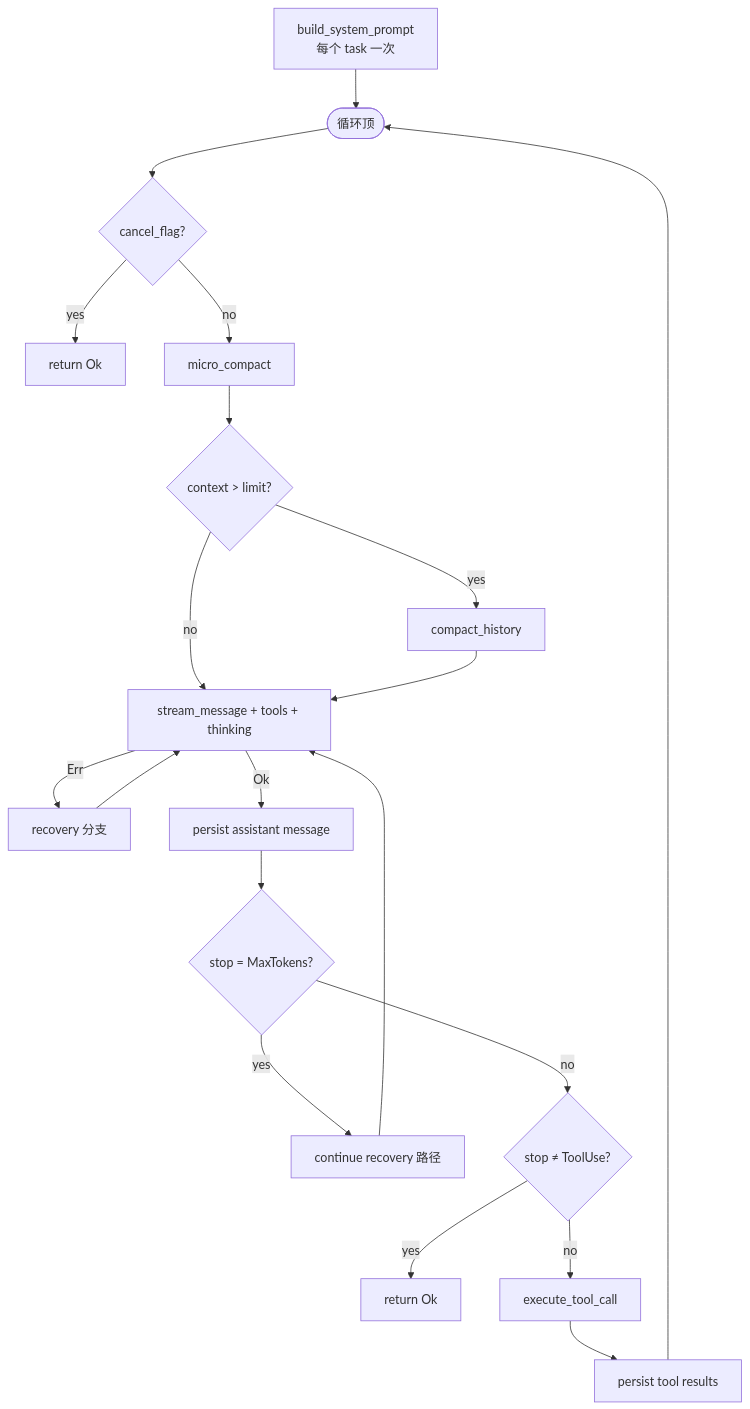
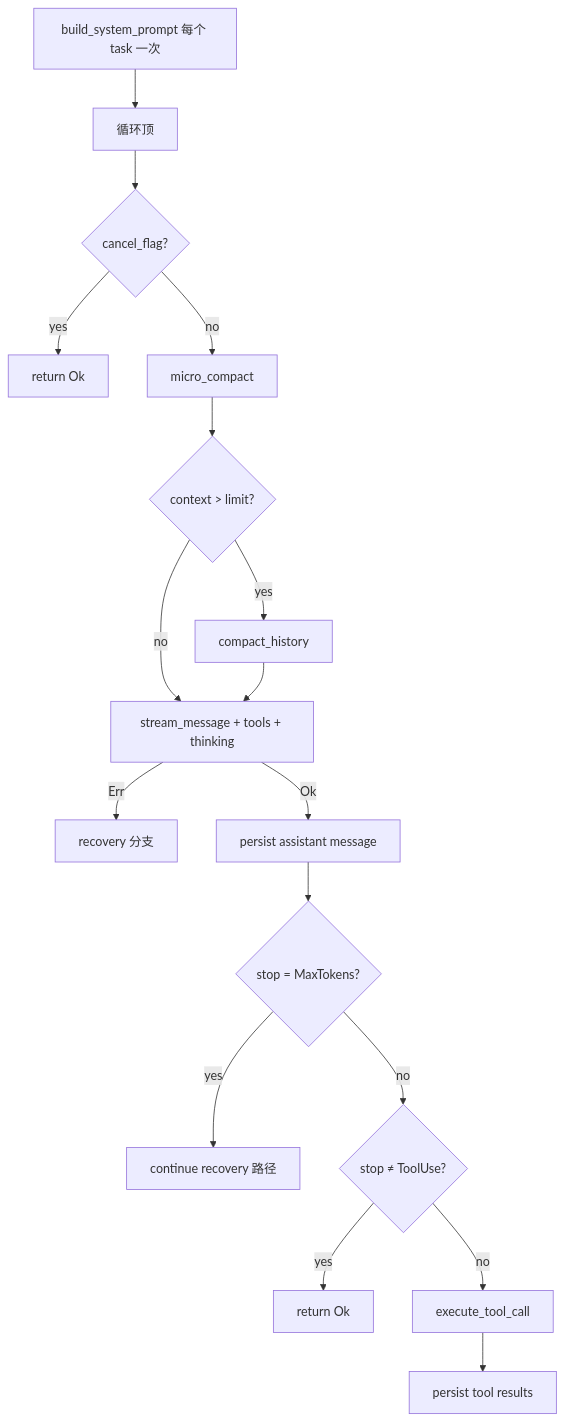
Before and after one commit to rust-infra/tact: the diagram in book/18_chapter_agent_loop_zh.md, drawn with Mermaid. The commit also changed other lines of this file and 303 other files, not shown here.

````diff
--- a/book/18_chapter_agent_loop_zh.md
+++ b/book/18_chapter_agent_loop_zh.md
@@ -46,22 +45,19 @@
 ```mermaid
-flowchart TD
-    Prompt[build_system_prompt<br/>每个 task 一次] --> Start
-    Start([循环顶]) --> Cancel{cancel_flag?}
-    Cancel -- yes --> ExitCancel[return Ok]
-    Cancel -- no --> Micro[micro_compact]
-    Micro --> Limit{context > limit?}
-    Limit -- yes --> AutoCompact[compact_history]
-    Limit -- no --> Stream[stream_message + tools + thinking]
-    AutoCompact --> Stream
-    Stream -->|Err| Recovery[recovery 分支]
-    Recovery --> Stream
-    Stream -->|Ok| PersistA[persist assistant message]
-    PersistA --> MaxTok{stop = MaxTokens?}
-    MaxTok -- yes --> Cont[continue recovery 路径]
-    Cont --> Stream
-    MaxTok -- no --> EndTurn{stop ≠ ToolUse?}
-    EndTurn -- yes --> ExitOk[return Ok]
-    EndTurn -- no --> Tools[execute_tool_call]
-    Tools --> PersistT[persist tool results]
-    PersistT --> Start
+graph TD
+    a_prompt[build_system_prompt 每个 task 一次] --> b_start[循环顶]
+    b_start --> c_cancel{cancel_flag?}
+    c_cancel -->|yes| d_exit[return Ok]
+    c_cancel -->|no| e_micro[micro_compact]
+    e_micro --> f_limit{context > limit?}
+    f_limit -->|yes| g_auto[compact_history]
+    f_limit -->|no| h_stream[stream_message + tools + thinking]
+    g_auto --> h_stream
+    h_stream -->|Err| i_recovery[recovery 分支]
+    h_stream -->|Ok| j_persist[persist assistant message]
+    j_persist --> k_max{stop = MaxTokens?}
+    k_max -->|yes| l_cont[continue recovery 路径]
+    k_max -->|no| m_end{stop ≠ ToolUse?}
+    m_end -->|yes| n_exit[return Ok]
+    m_end -->|no| o_tools[execute_tool_call]
+    o_tools --> p_persist[persist tool results]
 ```
````
